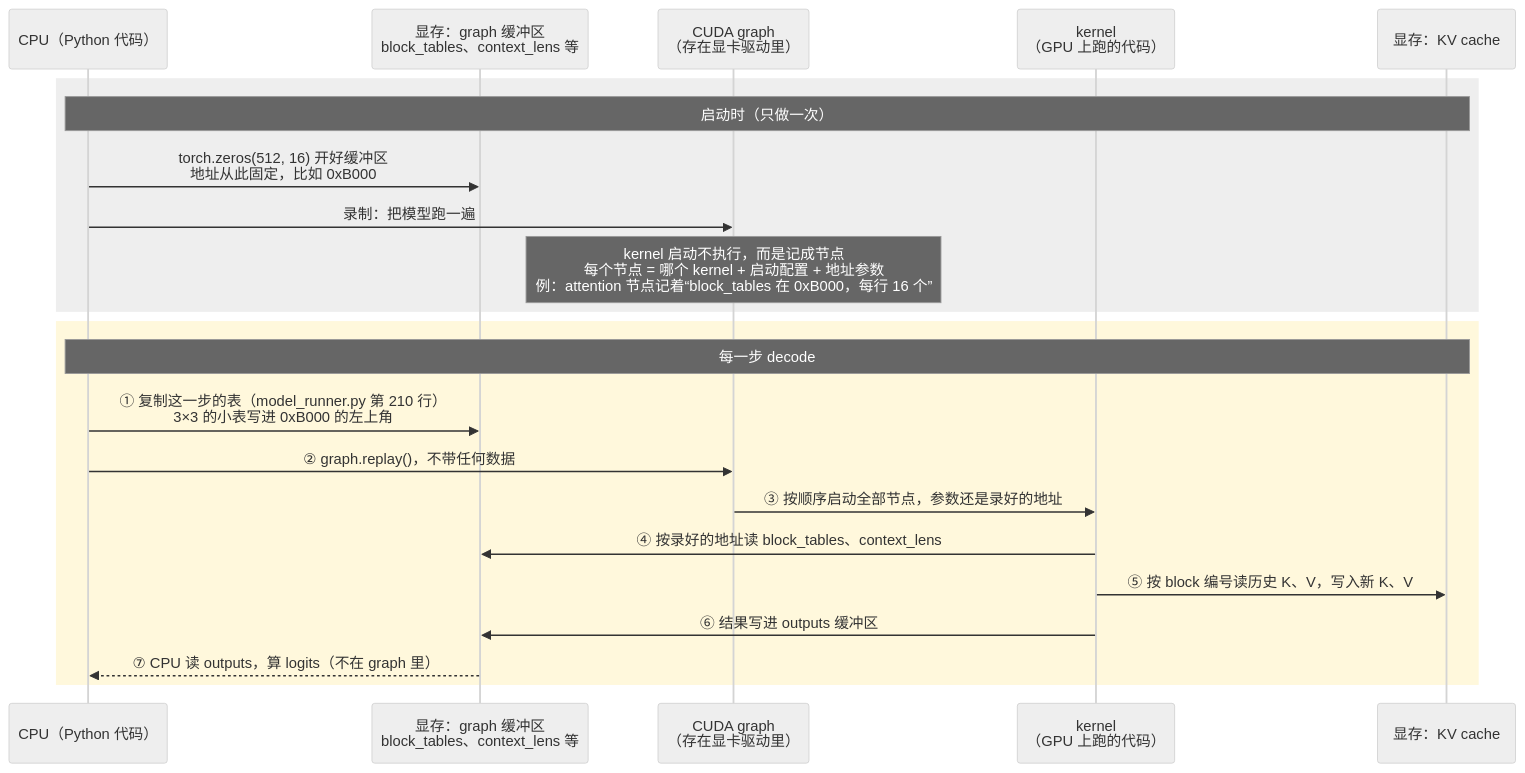
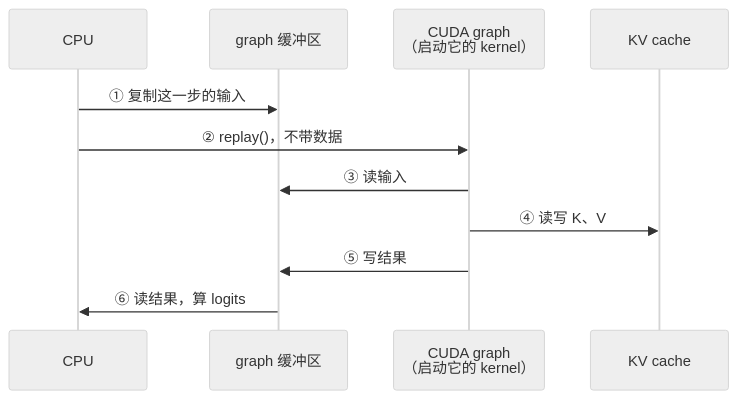
One commit to taigaoma1997/llm-infra-notes changed the third of 3 diagrams in notes/nano-vllm/QA-cuda-graph.md. Above: the diagram before and after it, drawn with Mermaid (neutral theme). The commit also changed other lines of this file and 1 other file, not shown here.

Commit message:
nano-vllm #190: narrower diagrams with step tables (node, startup, decode step)

````diff
--- a/notes/nano-vllm/QA-cuda-graph.md
+++ b/notes/nano-vllm/QA-cuda-graph.md
@@ -584,26 +610,13 @@
 ```mermaid
 sequenceDiagram
-    participant CPU as CPU（Python 代码）
-    participant BUF as 显存：graph 缓冲区<br/>block_tables、context_lens 等
-    participant G as CUDA graph<br/>（存在显卡驱动里）
-    participant K as kernel<br/>（GPU 上跑的代码）
-    participant KV as 显存：KV cache
-
-    rect rgb(238, 238, 238)
-    Note over CPU,KV: 启动时（只做一次）
-    CPU->>BUF: torch.zeros(512, 16) 开好缓冲区<br/>地址从此固定，比如 0xB000
-    CPU->>G: 录制：把模型跑一遍
-    Note over G: kernel 启动不执行，而是记成节点<br/>每个节点 = 哪个 kernel + 启动配置 + 地址参数<br/>例：attention 节点记着“block_tables 在 0xB000，每行 16 个”
-    end
-
-    rect rgb(255, 248, 220)
-    Note over CPU,KV: 每一步 decode
-    CPU->>BUF: ① 复制这一步的表（model_runner.py 第 210 行）<br/>3×3 的小表写进 0xB000 的左上角
-    CPU->>G: ② graph.replay()，不带任何数据
-    G->>K: ③ 按顺序启动全部节点，参数还是录好的地址
-    K->>BUF: ④ 按录好的地址读 block_tables、context_lens
-    K->>KV: ⑤ 按 block 编号读历史 K、V，写入新 K、V
-    K->>BUF: ⑥ 结果写进 outputs 缓冲区
-    BUF-->>CPU: ⑦ CPU 读 outputs，算 logits（不在 graph 里）
-    end
+    participant CPU
+    participant BUF as graph 缓冲区
+    participant G as CUDA graph<br/>（启动它的 kernel）
+    participant KV as KV cache
+    CPU->>BUF: ① 复制这一步的输入
+    CPU->>G: ② replay()，不带数据
+    G->>BUF: ③ 读输入
+    G->>KV: ④ 读写 K、V
+    G->>BUF: ⑤ 写结果
+    BUF->>CPU: ⑥ 读结果，算 logits
 ```
````
